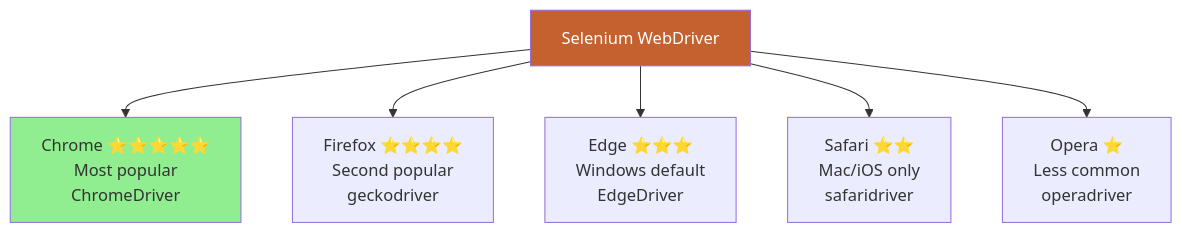
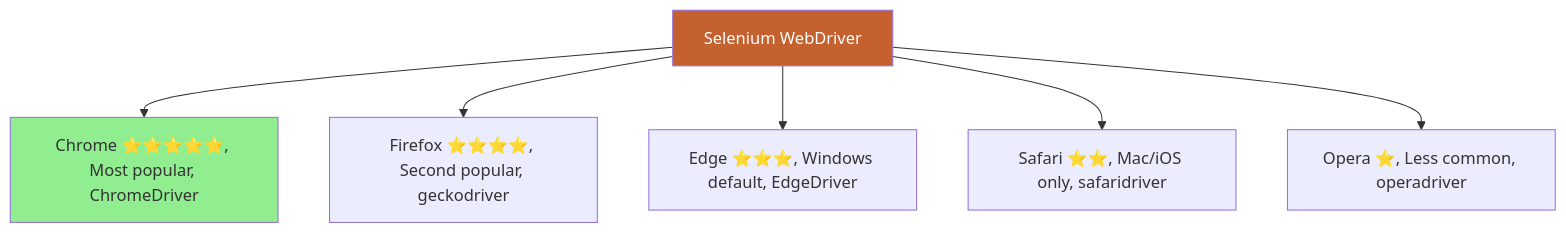
Before and after one commit to namnd0806/automation-testing-cource: the seventh of 9 diagrams in 04-selenium-introduction.md, drawn with Mermaid. The commit also changed other lines of this file and 4 other files, not shown here.

First line of the commit message:
Fix: Sửa tất cả sơ đồ Mermaid lỗi format

````diff
--- a/04-selenium-introduction.md
+++ b/04-selenium-introduction.md
@@ -282,17 +282,17 @@
 ```mermaid
 graph TD
     A[Selenium WebDriver]
     
-    A --> B[Chrome ⭐⭐⭐⭐⭐<br/>Most popular<br/>ChromeDriver]
+    A --> B[Chrome ⭐⭐⭐⭐⭐, Most popular, ChromeDriver]
     
-    A --> C[Firefox ⭐⭐⭐⭐<br/>Second popular<br/>geckodriver]
+    A --> C[Firefox ⭐⭐⭐⭐, Second popular, geckodriver]
     
-    A --> D[Edge ⭐⭐⭐<br/>Windows default<br/>EdgeDriver]
+    A --> D[Edge ⭐⭐⭐, Windows default, EdgeDriver]
     
-    A --> E[Safari ⭐⭐<br/>Mac/iOS only<br/>safaridriver]
+    A --> E[Safari ⭐⭐, Mac/iOS only, safaridriver]
     
-    A --> F[Opera ⭐<br/>Less common<br/>operadriver]
+    A --> F[Opera ⭐, Less common, operadriver]
     
     style A fill:#C4612F,color:#fff
     style B fill:#90EE90
 ```
````
